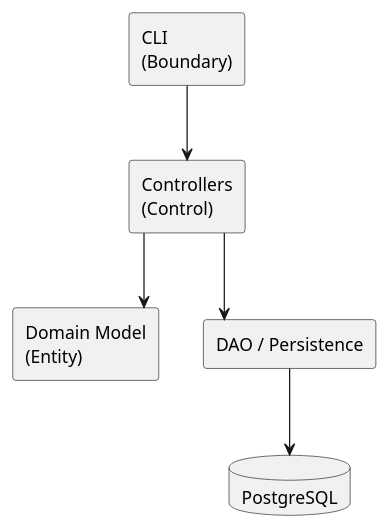
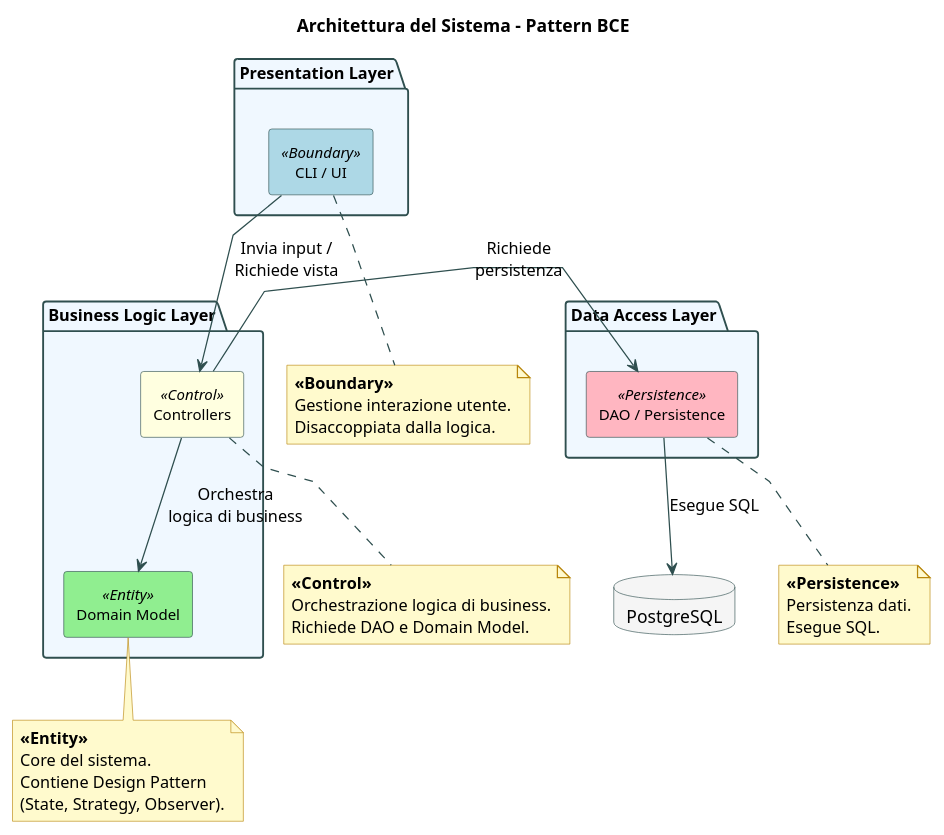
One commit to Adrycasta04/EscapeManager changed the diagram in docs/UML/component_diagram.puml. Above: the diagram before and after it, drawn with PlantUML. The commit also changed 18 other files, not shown here.

Commit message:
feat: Introduce comprehensive architectural and domain design documentation, including BCE, package, class, object, and state machine diagrams.

```diff
--- a/docs/UML/component_diagram.puml
+++ b/docs/UML/component_diagram.puml
@@ -1,17 +1,82 @@
 @startuml component_diagram
 skinparam componentStyle rectangle
-skinparam linetype ortho
+skinparam linetype polyline
 
-component "CLI\n(Boundary)" as CLI
-component "Controllers\n(Control)" as CTRL
-component "Domain Model\n(Entity)" as DOM
-component "DAO / Persistence" as DAO
+' Definizione colori per stereotipi BCE
+skinparam component {
+    BackgroundColor<<Boundary>> LightBlue
+    BackgroundColor<<Control>> LightYellow
+    BackgroundColor<<Entity>> LightGreen
+    BackgroundColor<<Persistence>> LightPink
+    BorderColor DarkSlateGray
+    ArrowColor DarkSlateGray
+    FontSize 12
+}
+
+skinparam database {
+    BackgroundColor WhiteSmoke
+    BorderColor DarkSlateGray
+}
+
+skinparam package {
+    BorderColor DarkSlateGray
+    BackgroundColor AliceBlue
+    FontSize 13
+    FontStyle bold
+}
+
+skinparam note {
+    BackgroundColor LemonChiffon
+    BorderColor DarkGoldenRod
+}
+
+title Architettura del Sistema - Pattern BCE
+
+package "Presentation Layer" {
+    component "CLI / UI" as CLI <<Boundary>>
+}
+
+package "Business Logic Layer" {
+    component "Controllers" as CTRL <<Control>>
+    component "Domain Model" as DOM <<Entity>>
+}
+
+package "Data Access Layer" {
+    component "DAO / Persistence" as DAO <<Persistence>>
+}
 
 database "PostgreSQL" as DB
 
-CLI --> CTRL
-CTRL --> DOM
-CTRL --> DAO
-DAO --> DB
+' Flusso di dipendenze unidirezionale
+CLI -down-> CTRL : "Invia input /\nRichiede vista"
+CTRL -down-> DOM : "Orchestra\nlogica di business"
+CTRL -right-> DAO : "Richiede\npersistenza"
+DAO -down-> DB : "Esegue SQL"
+
+' Annotazioni esplicative posizionate sotto
+note bottom of CLI
+    **«Boundary»**
+    Gestione interazione utente.
+    Disaccoppiata dalla logica.
+end note
+
+note bottom of CTRL
+    **«Control»**
+    Orchestrazione logica di business.
+    Richiede DAO e Domain Model.
+end note
+
+note bottom of DOM
+    **«Entity»**
+    Core del sistema.
+    Contiene Design Pattern
+    (State, Strategy, Observer).
+end note
+
+note bottom of DAO
+    **«Persistence»**
+    Persistenza dati.
+    Esegue SQL.
+end note
 
 @enduml
```
